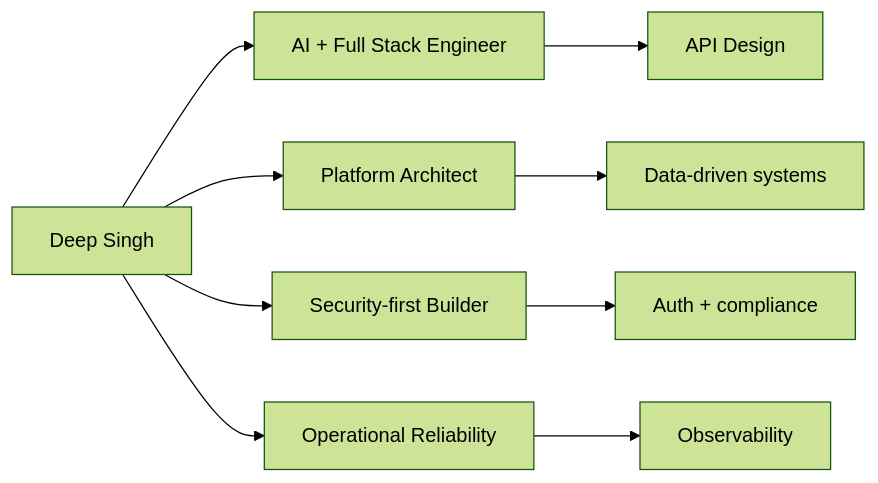
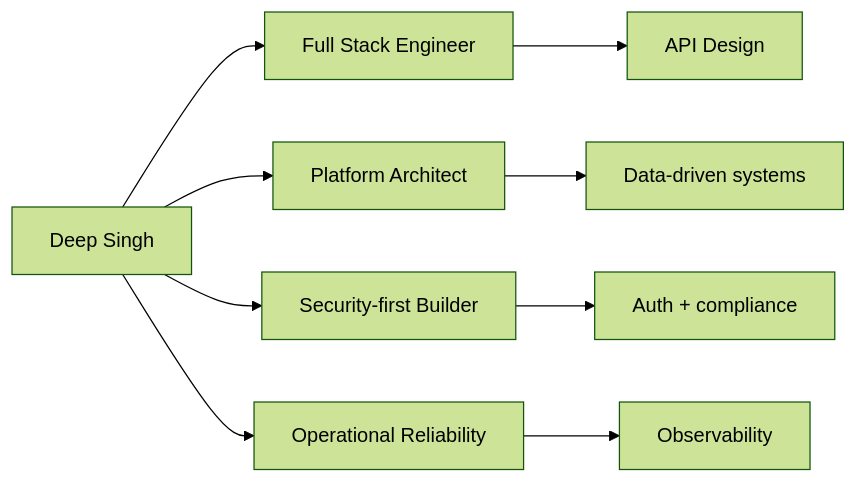
The first of 3 diagrams in README.md (deepsingh245/deepsingh245), drawn with Mermaid (forest theme) before and after one commit. The commit also changed other lines of this file, not shown here.

````diff
--- a/README.md
+++ b/README.md
@@ -30,11 +28,11 @@
 ```mermaid
 graph LR
-  A[Deep Singh] --> B[AI + Full Stack Engineer]
+  A[Deep Singh] --> B[Full Stack Engineer]
   A --> C[Platform Architect]
   A --> D[Security-first Builder]
   A --> E[Operational Reliability]
   B --> F[API Design]
   C --> G[Data-driven systems]
   D --> H[Auth + compliance]
   E --> I[Observability]
 ```
````
